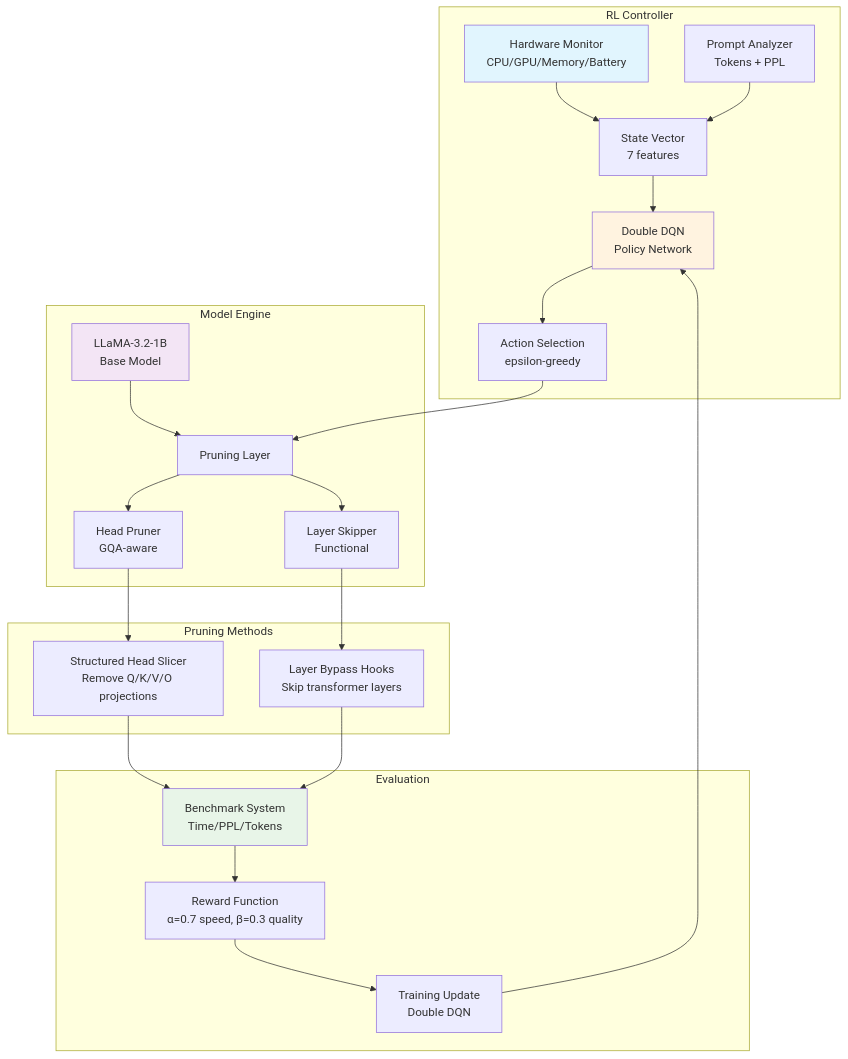
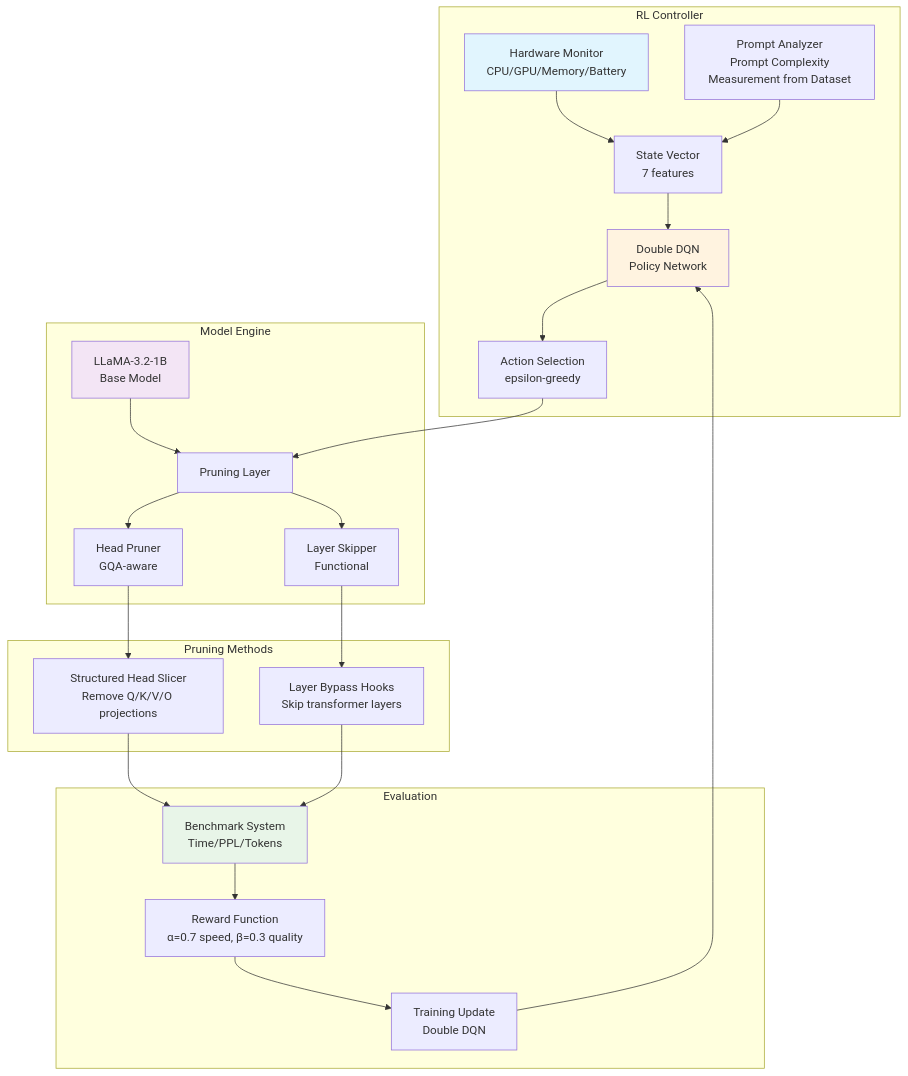
The first of 4 diagrams in README.md (asief-iqbal/Thesis), drawn with Mermaid before and after one commit. The commit also changed other lines of this file, not shown here.

Commit message:
Fix note formatting and update prompt analyzer description

````diff
--- a/README.md
+++ b/README.md
@@ -220,35 +220,35 @@
 ```mermaid
 graph TB
     subgraph "RL Controller"
         A[Hardware Monitor<br/>CPU/GPU/Memory/Battery] --> B[State Vector<br/>7 features]
-        C[Prompt Analyzer<br/>Tokens + PPL] --> B
+        C[Prompt Analyzer<br/> Prompt Complexity Measurement from Dataset] --> B
         B --> D[Double DQN<br/>Policy Network]
         D --> E[Action Selection<br/>epsilon-greedy]
     end
 
     subgraph "Model Engine"
         F[LLaMA-3.2-1B<br/>Base Model] --> G[Pruning Layer]
         G --> H[Head Pruner<br/>GQA-aware]
         G --> I[Layer Skipper<br/>Functional]
     end
 
     subgraph "Pruning Methods"
         H --> K[Structured Head Slicer<br/>Remove Q/K/V/O projections]
         I --> L[Layer Bypass Hooks<br/>Skip transformer layers]
     end
 
     subgraph "Evaluation"
         N[Benchmark System<br/>Time/PPL/Tokens] --> O[Reward Function<br/>α=0.7 speed, β=0.3 quality]
         O --> P[Training Update<br/>Double DQN]
     end
 
     E --> G
     K --> N
     L --> N
     P --> D
 
     style A fill:#e1f5fe
     style F fill:#f3e5f5
     style N fill:#e8f5e8
     style D fill:#fff3e0
 ```
````
